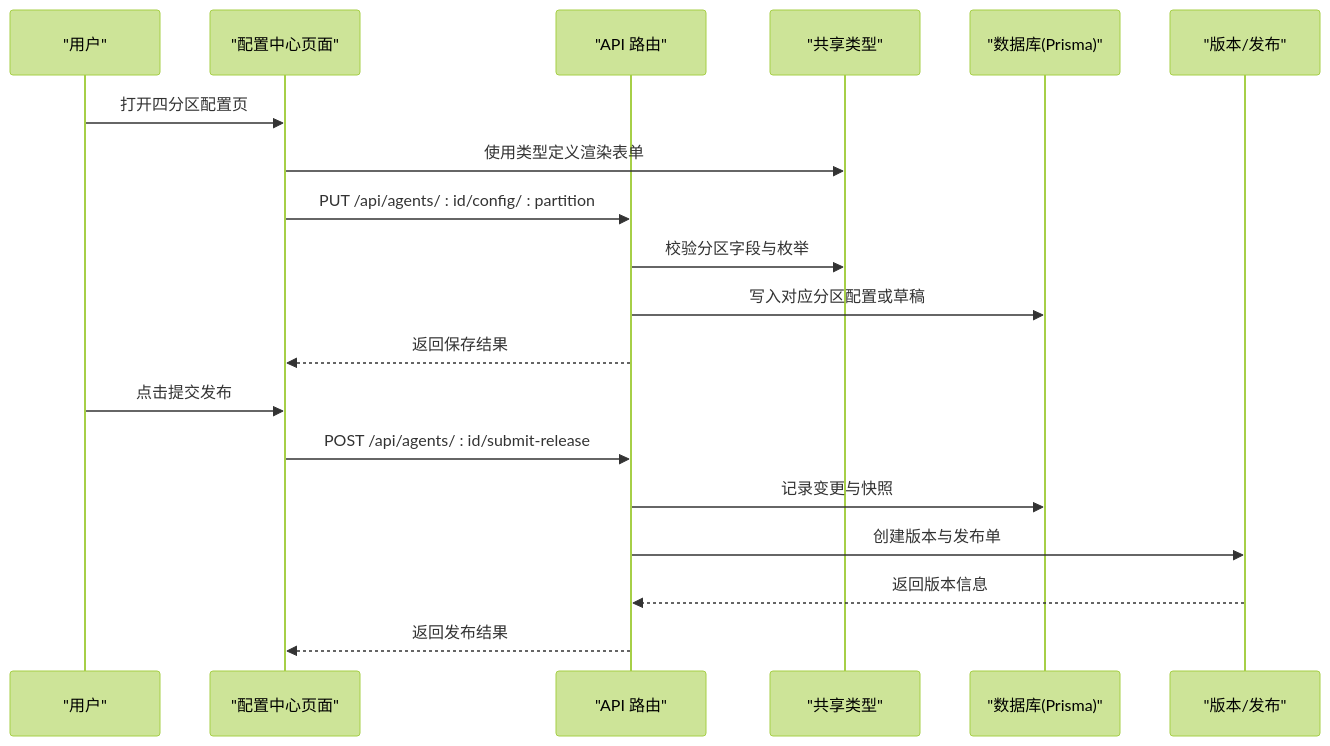
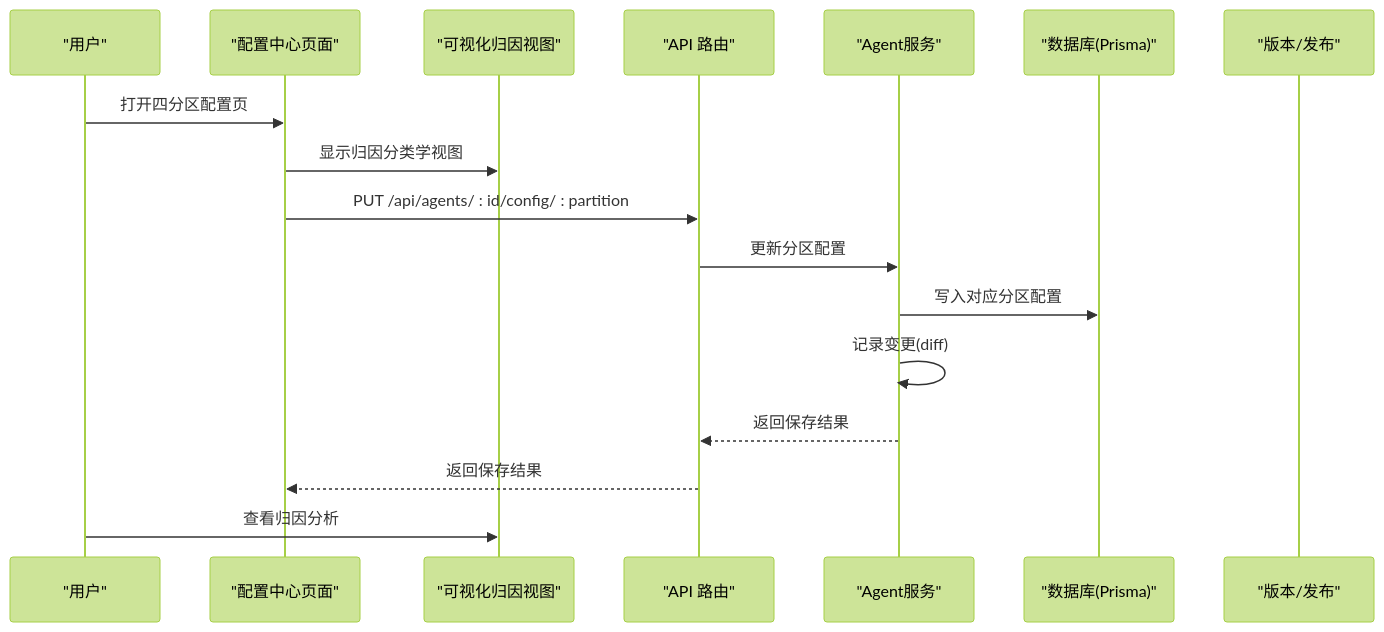
The second of 10 diagrams in .qoder/repowiki/zh/content/核心概念/四分区配置系统/四分区配置系统.md (ai-guru-global/agent-up), drawn with Mermaid (forest theme) before and after one commit. The commit also changed other lines of this file and 169 other files, not shown here.

````diff
--- a/.qoder/repowiki/zh/content/核心概念/四分区配置系统/四分区配置系统.md
+++ b/.qoder/repowiki/zh/content/核心概念/四分区配置系统/四分区配置系统.md
@@ -86,21 +100,19 @@
 ```mermaid
 sequenceDiagram
 participant U as "用户"
 participant UI as "配置中心页面"
+participant Visual as "可视化归因视图"
 participant API as "API 路由"
-participant S as "共享类型"
+participant Service as "Agent服务"
 participant DB as "数据库(Prisma)"
 participant V as "版本/发布"
 U->>UI : 打开四分区配置页
-UI->>S : 使用类型定义渲染表单
+UI->>Visual : 显示归因分类学视图
 UI->>API : PUT /api/agents/ : id/config/ : partition
-API->>S : 校验分区字段与枚举
-API->>DB : 写入对应分区配置或草稿
+API->>Service : 更新分区配置
+Service->>DB : 写入对应分区配置
+Service->>Service : 记录变更(diff)
+Service-->>API : 返回保存结果
 API-->>UI : 返回保存结果
-U->>UI : 点击提交发布
-UI->>API : POST /api/agents/ : id/submit-release
-API->>DB : 记录变更与快照
-API->>V : 创建版本与发布单
-V-->>API : 返回版本信息
-API-->>UI : 返回发布结果
+U->>Visual : 查看归因分析
 ```
````
